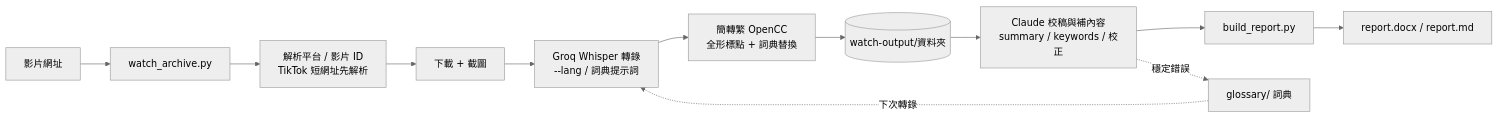
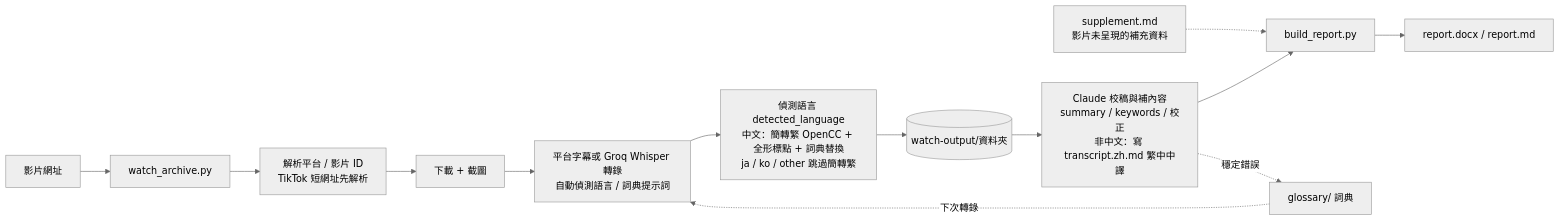
One commit to smlht2005/watch-video changed the diagram in README.md. Above: the diagram before and after it, drawn with Mermaid (neutral theme). The commit also changed other lines of this file and 78 other files, not shown here.

````diff
--- a/README.md
+++ b/README.md
@@ -33,14 +33,15 @@
 ```mermaid
 flowchart LR
     A[影片網址] --> B[watch_archive.py]
     B --> B1[解析平台 / 影片 ID<br/>TikTok 短網址先解析]
     B1 --> B2[下載 + 截圖]
-    B2 --> B3[Groq Whisper 轉錄<br/>--lang / 詞典提示詞]
-    B3 --> B4[簡轉繁 OpenCC<br/>全形標點 + 詞典替換]
+    B2 --> B3[平台字幕或 Groq Whisper 轉錄<br/>自動偵測語言 / 詞典提示詞]
+    B3 --> B4[偵測語言 detected_language<br/>中文：簡轉繁 OpenCC + 全形標點 + 詞典替換<br/>ja / ko / other 跳過簡轉繁]
     B4 --> C[(watch-output/資料夾)]
-    C --> D[Claude 校稿與補內容<br/>summary / keywords / 校正]
+    C --> D[Claude 校稿與補內容<br/>summary / keywords / 校正<br/>非中文：寫 transcript.zh.md 繁中中譯]
+    S[supplement.md<br/>影片未呈現的補充資料] -.-> E
     D --> E[build_report.py]
     E --> F[report.docx / report.md]
     D -. 穩定錯誤 .-> G[glossary/ 詞典]
     G -. 下次轉錄 .-> B3
 ```
````
